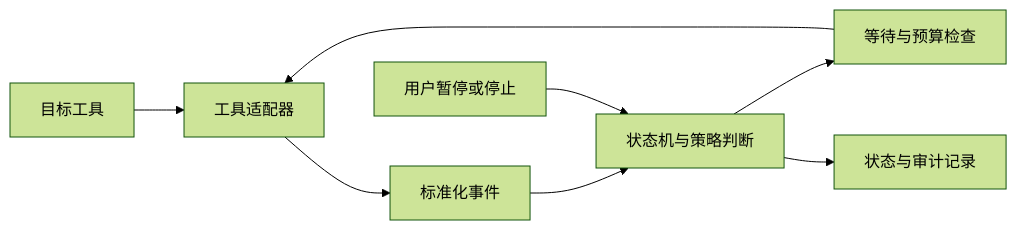
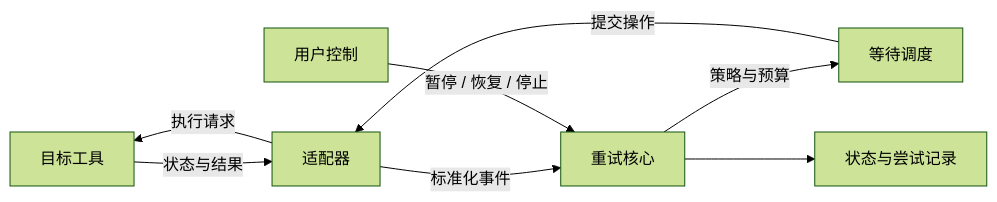
The diagram in README.md (YHonc/any-retry), drawn with Mermaid (forest theme) before and after one commit. The commit also changed other lines of this file, not shown here.

````diff
--- a/README.md
+++ b/README.md
@@ -46,10 +31,10 @@
 ```mermaid
 flowchart LR
-    T[目标工具] --> A[工具适配器]
-    A --> E[标准化事件]
-    E --> C[状态机与策略判断]
-    C --> W[等待与预算检查]
-    W --> A
-    C --> S[状态与审计记录]
-    U[用户暂停或停止] --> C
+    T[目标工具] -->|状态与结果| A[适配器]
+    A -->|标准化事件| C[重试核心]
+    C -->|策略与预算| W[等待调度]
+    W -->|提交操作| A
+    A -->|执行请求| T
+    C --> S[状态与尝试记录]
+    U[用户控制] -->|暂停 / 恢复 / 停止| C
 ```
````
